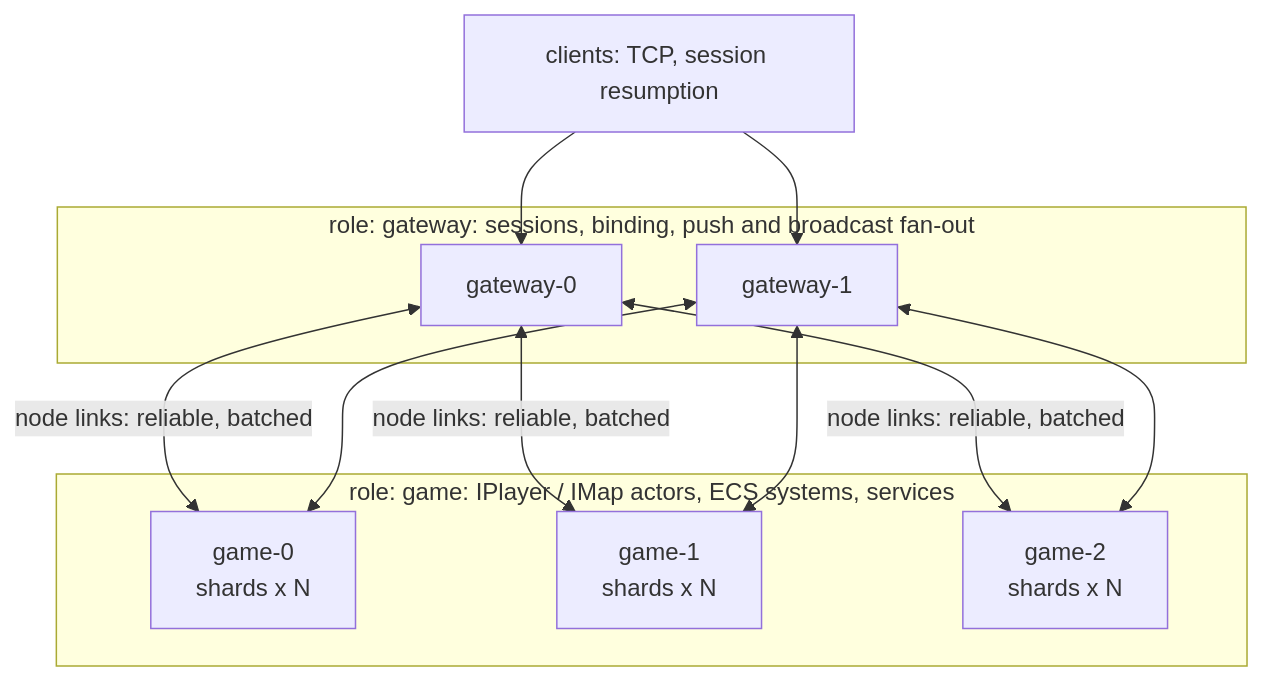
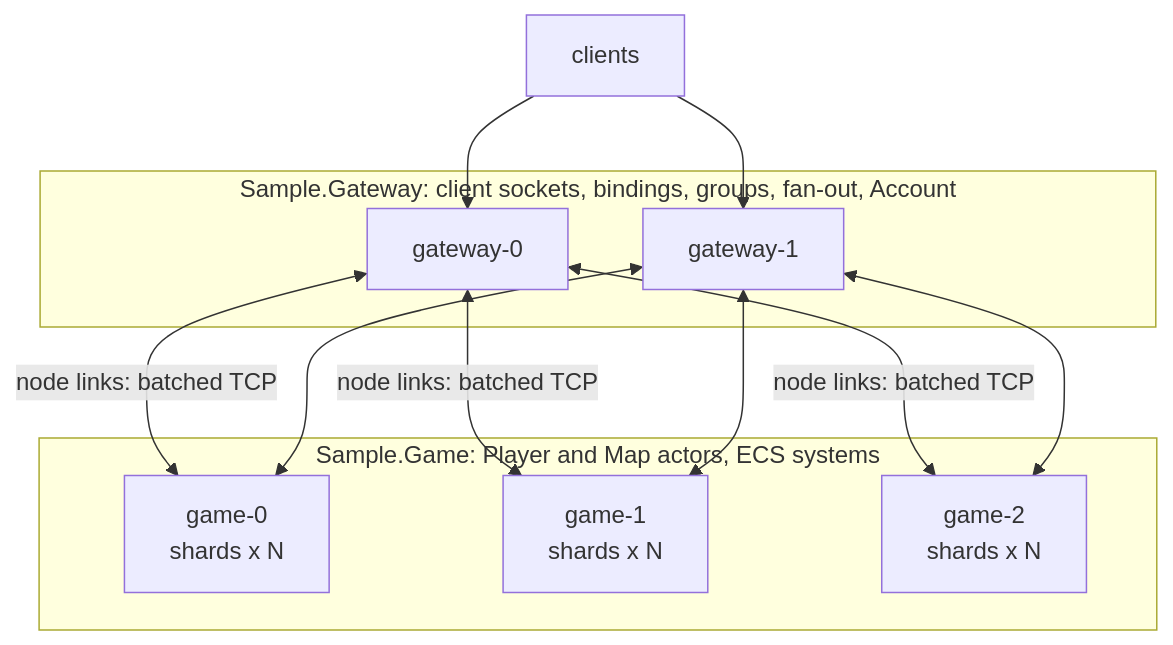
One commit to JasonXuDeveloper/DaServer changed the second of 4 diagrams in doc/design.md. Above: the diagram before and after it, drawn with Mermaid. The commit also changed other lines of this file and 4 other files, not shown here.

Commit message:
docs: design for clusters (vocabulary, latency, reliability, reference architectures), ADR-017..021, README

````diff
--- a/doc/design.md
+++ b/doc/design.md
@@ -100,15 +154,15 @@
 ```mermaid
 flowchart TB
-    C[clients: TCP, session resumption] --> G1 & G2
-    subgraph gateways [role: gateway: sessions, binding, push and broadcast fan-out]
+    C[clients] --> G1 & G2
+    subgraph gateways [Sample.Gateway: client sockets, bindings, groups, fan-out, Account]
         G1[gateway-0]
         G2[gateway-1]
     end
-    subgraph game [role: game: IPlayer / IMap actors, ECS systems, services]
+    subgraph game [Sample.Game: Player and Map actors, ECS systems]
         N1[game-0<br/>shards x N]
         N2[game-1<br/>shards x N]
         N3[game-2<br/>shards x N]
     end
-    G1 <-->|node links: reliable, batched| N1 & N2 & N3
+    G1 <-->|node links: batched TCP| N1 & N2 & N3
     G2 <--> N1 & N2 & N3
 ```
````
